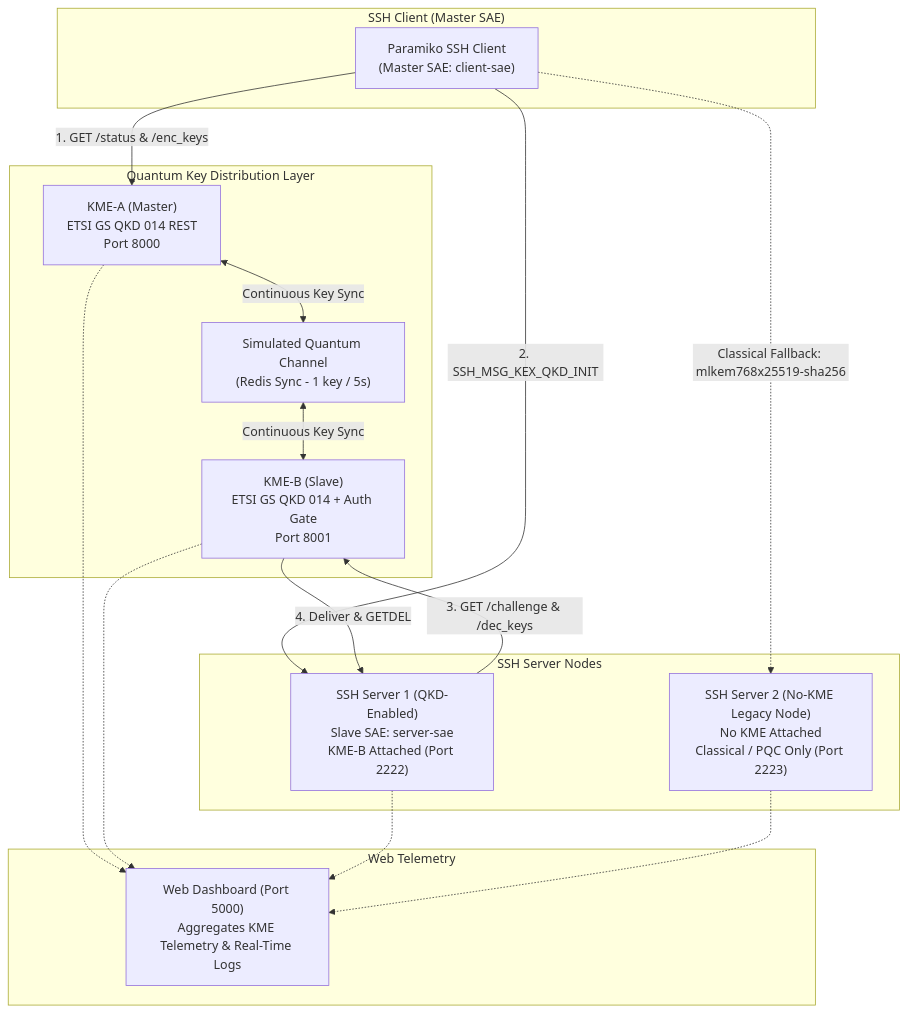
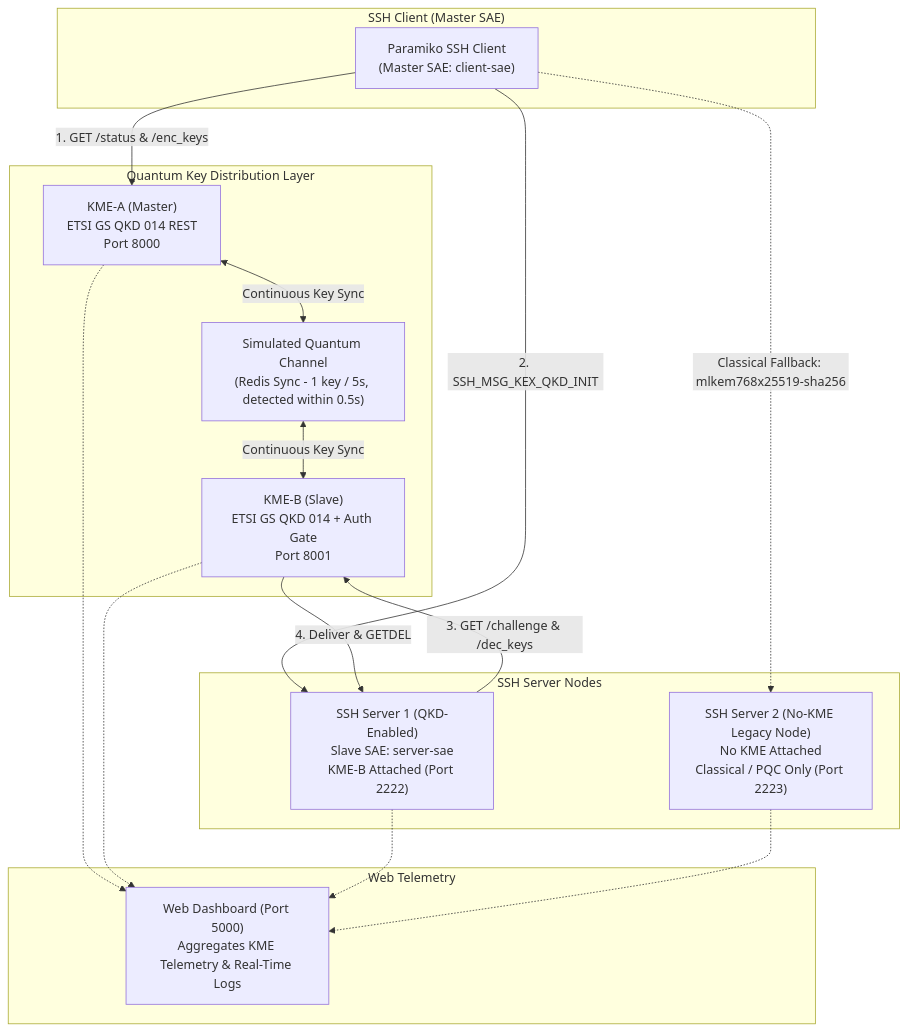
Before and after one commit to Kanishk-mittal/BTP-Implementaion: the diagram in Doc.md, drawn with Mermaid. The commit also changed other lines of this file and 3 other files, not shown here.

````diff
--- a/Doc.md
+++ b/Doc.md
@@ -18,35 +18,35 @@
 ```mermaid
 flowchart TD
     subgraph ClientHost["SSH Client (Master SAE)"]
         Client["Paramiko SSH Client<br/>(Master SAE: client-sae)"]
     end
 
     subgraph QKD_Infrastructure["Quantum Key Distribution Layer"]
         KMEA["KME-A (Master)<br/>ETSI GS QKD 014 REST<br/>Port 8000"]
-        QLink["Simulated Quantum Channel<br/>(Redis Sync - 1 key / 5s)"]
+        QLink["Simulated Quantum Channel<br/>(Redis Sync - 1 key / 5s, detected within 0.5s)"]
         KMEB["KME-B (Slave)<br/>ETSI GS QKD 014 + Auth Gate<br/>Port 8001"]
         KMEA <-->|Continuous Key Sync| QLink
         QLink <-->|Continuous Key Sync| KMEB
     end
 
     subgraph Server_Nodes["SSH Server Nodes"]
         Server1["SSH Server 1 (QKD-Enabled)<br/>Slave SAE: server-sae<br/>KME-B Attached (Port 2222)"]
         Server2["SSH Server 2 (No-KME Legacy Node)<br/>No KME Attached<br/>Classical / PQC Only (Port 2223)"]
     end
 
     subgraph Dashboard_Layer["Web Telemetry"]
         Dash["Web Dashboard (Port 5000)<br/>Aggregates KME Telemetry & Real-Time Logs"]
     end
 
     Client -->|1. GET /status & /enc_keys| KMEA
     Client -->|2. SSH_MSG_KEX_QKD_INIT| Server1
     Server1 -->|3. GET /challenge & /dec_keys| KMEB
     KMEB -->|4. Deliver & GETDEL| Server1
 
     Client -.->|Classical Fallback: mlkem768x25519-sha256| Server2
 
     KMEA -.-> Dash
     KMEB -.-> Dash
     Server1 -.-> Dash
     Server2 -.-> Dash
 ```
````
